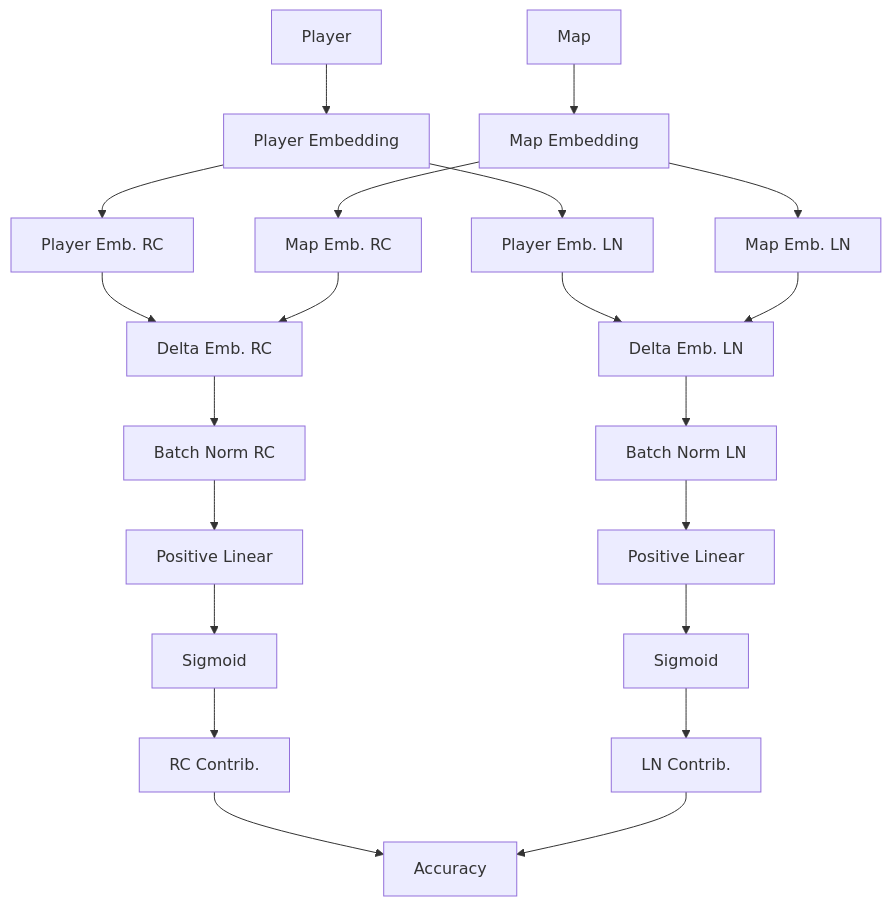
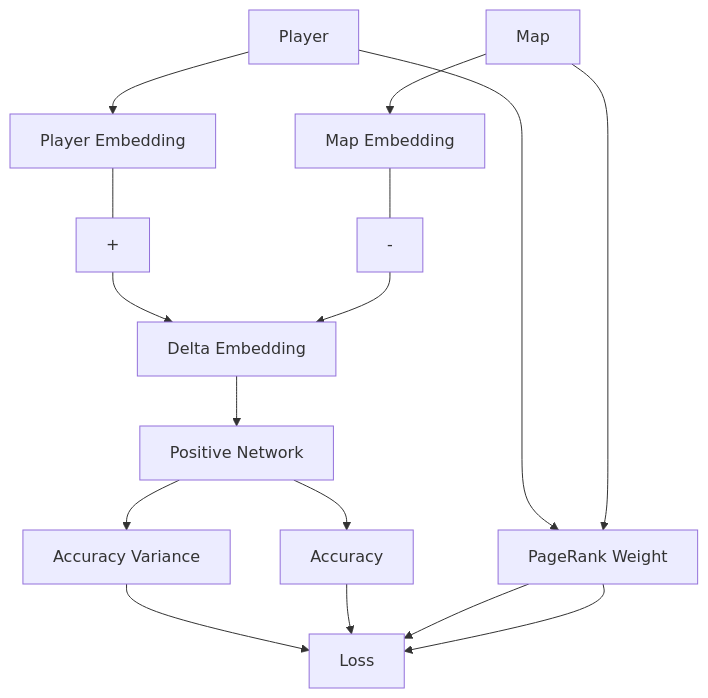
One commit to Eve-ning/Eve-ning.github.io changed the second of 2 diagrams in _posts/2024-07-26-opal-emb.md. Above: the diagram before and after it, drawn with Mermaid. The commit also changed other lines of this file, not shown here.

````diff
--- a/_posts/2024-07-26-opal-emb.md
+++ b/_posts/2024-07-26-opal-emb.md
@@ -563,15 +475,12 @@
 ```mermaid
 flowchart TD
   P[Player] --> PE[Player Embedding]
   M[Map] --> ME[Map Embedding]
-  PE --> PERC[Player Emb. RC]
-  PE --> PELN[Player Emb. LN]
-  ME --> MERC[Map Emb. RC]
-  ME --> MELN[Map Emb. LN]
-  PERC --> DERC[Delta Emb. RC]
-  MERC --> DERC --> BNRC[Batch Norm RC]
-  PELN --> DELN[Delta Emb. LN]
-  MELN --> DELN --> BNLN[Batch Norm LN]
-  BNRC --> DERCLIN[Positive Linear] --> SIGRC[Sigmoid] --> RCCONTRIB[RC Contrib.] --> A[Accuracy]
-  BNLN --> DELNLIN[Positive Linear] --> SIGLN[Sigmoid] --> LNCONTRIB[LN Contrib.] --> A
+  PE ---+--> DE[Delta Embedding]
+  ME --- - --> DE --> PL
+  PL[Positive Network] --> A[Accuracy]
+  PL --> AV[Accuracy Variance] --> L
+  A --> L[Loss]
+  P --> PRW[PageRank Weight] --> L
+  M --> PRW[PageRank Weight] --> L
 ```
````
